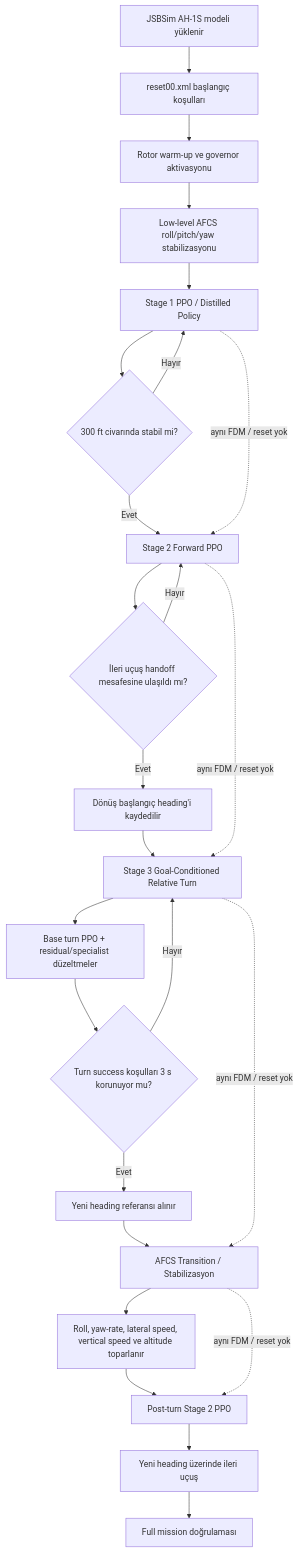
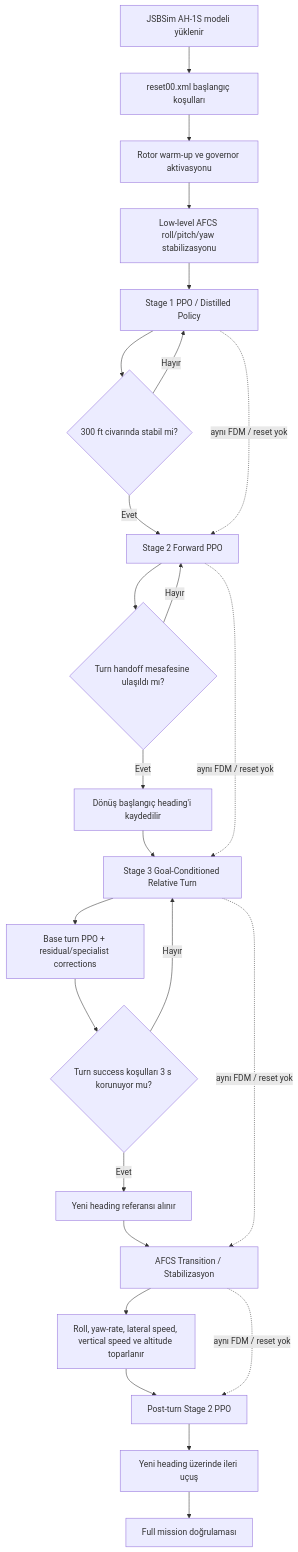
Before and after one commit to Ertovaski7/ah1s-rl-project: the diagram in README.md, drawn with Mermaid. The commit also changed other lines of this file, not shown here.

````diff
--- a/README.md
+++ b/README.md
@@ -29,33 +270,33 @@
 ```mermaid
 flowchart TD
     A[JSBSim AH-1S modeli yüklenir] --> B[reset00.xml başlangıç koşulları]
     B --> C[Rotor warm-up ve governor aktivasyonu]
     C --> D[Low-level AFCS roll/pitch/yaw stabilizasyonu]
 
     D --> E[Stage 1 PPO / Distilled Policy]
     E --> F{300 ft civarında stabil mi?}
     F -- Hayır --> E
     F -- Evet --> G[Stage 2 Forward PPO]
 
-    G --> H{İleri uçuş handoff mesafesine ulaşıldı mı?}
+    G --> H{Turn handoff mesafesine ulaşıldı mı?}
     H -- Hayır --> G
     H -- Evet --> I[Dönüş başlangıç heading'i kaydedilir]
 
     I --> J[Stage 3 Goal-Conditioned Relative Turn]
-    J --> K[Base turn PPO + residual/specialist düzeltmeler]
+    J --> K[Base turn PPO + residual/specialist corrections]
     K --> L{Turn success koşulları 3 s korunuyor mu?}
     L -- Hayır --> J
 
     L -- Evet --> M[Yeni heading referansı alınır]
     M --> N[AFCS Transition / Stabilizasyon]
     N --> O[Roll, yaw-rate, lateral speed, vertical speed ve altitude toparlanır]
 
     O --> P[Post-turn Stage 2 PPO]
     P --> Q[Yeni heading üzerinde ileri uçuş]
     Q --> R[Full mission doğrulaması]
 
     E -. aynı FDM / reset yok .-> G
     G -. aynı FDM / reset yok .-> J
     J -. aynı FDM / reset yok .-> N
     N -. aynı FDM / reset yok .-> P
 ```
````
